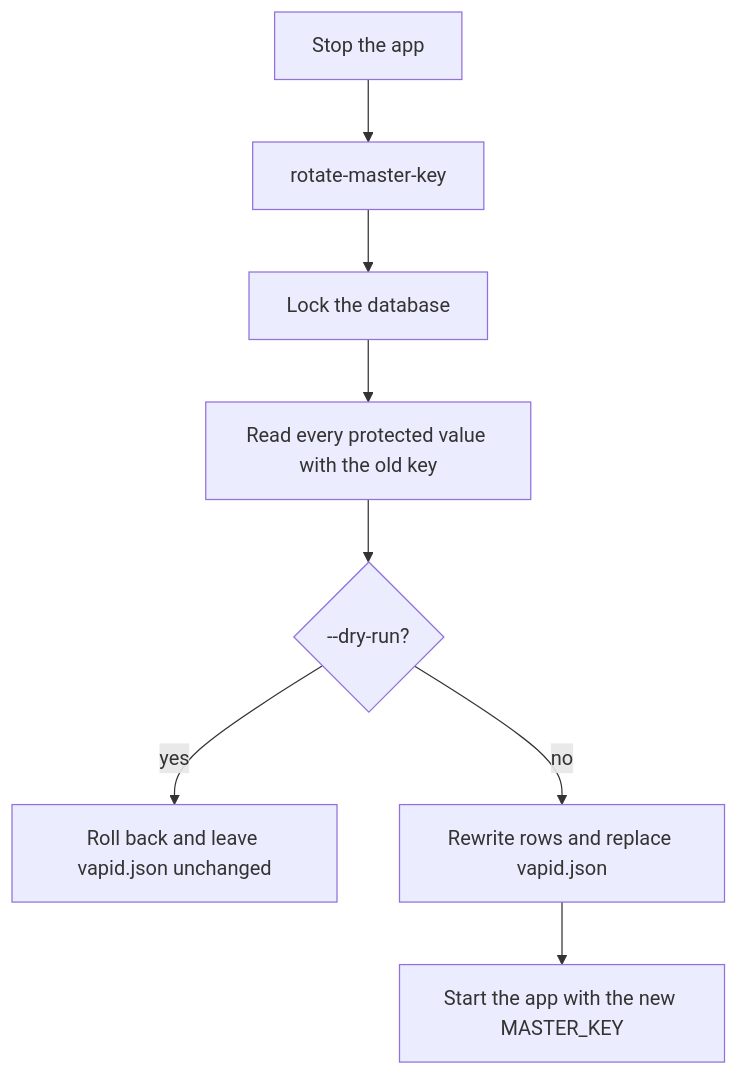
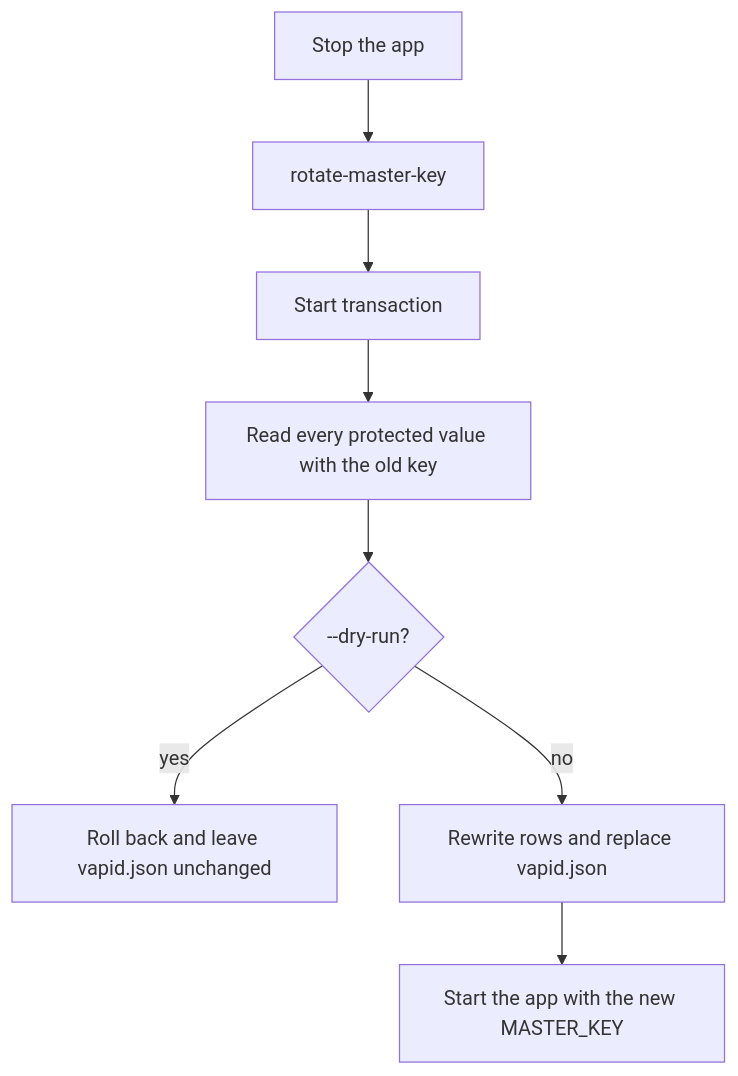
Before and after one commit to Quenary/konvoez: the diagram in docs/backend/KEY_ROTATION.md, drawn with Mermaid. The commit also changed other lines of this file and 55 other files, not shown here.

````diff
--- a/docs/backend/KEY_ROTATION.md
+++ b/docs/backend/KEY_ROTATION.md
@@ -42,14 +36,14 @@
 ```mermaid
 flowchart TD
   stop[Stop the app]
   cmd[rotate-master-key]
-  lock[Lock the database]
+  lock[Start transaction]
   check[Read every protected value with the old key]
   dry{--dry-run?}
   roll[Roll back and leave vapid.json unchanged]
   write[Rewrite rows and replace vapid.json]
   start[Start the app with the new MASTER_KEY]
   stop --> cmd --> lock --> check --> dry
   dry -- yes --> roll
   dry -- no --> write --> start
 ```
````
